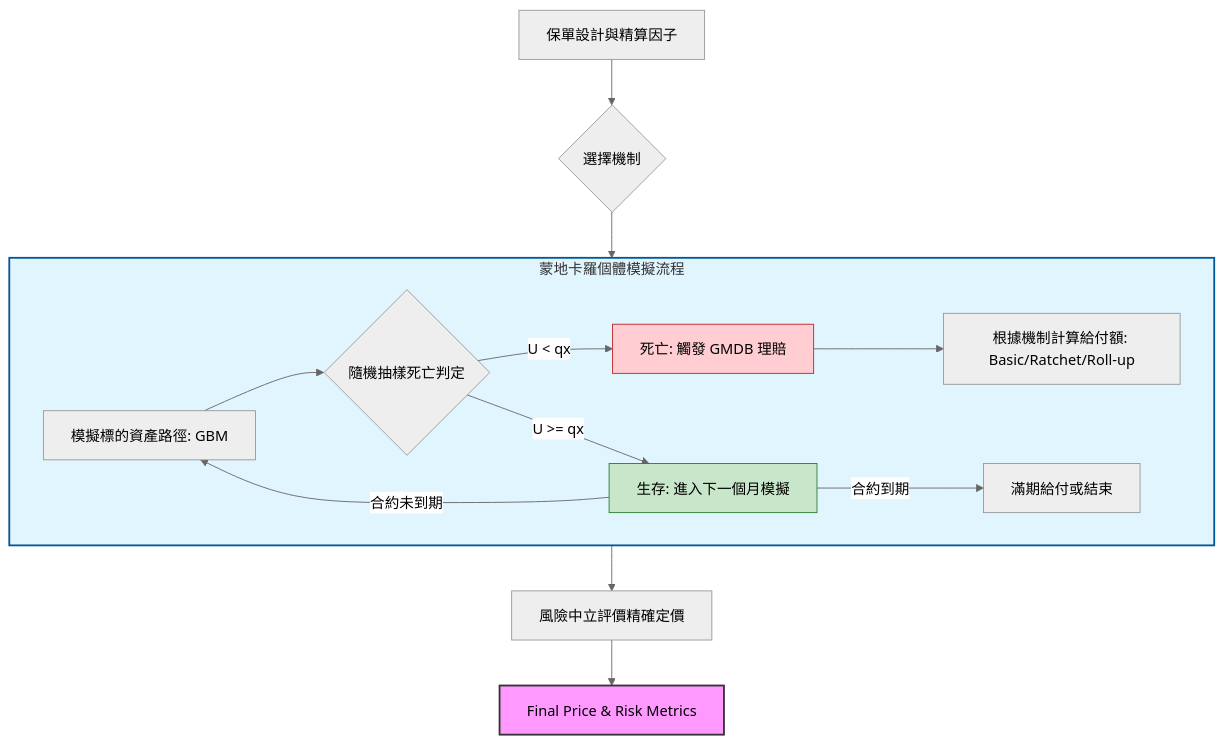
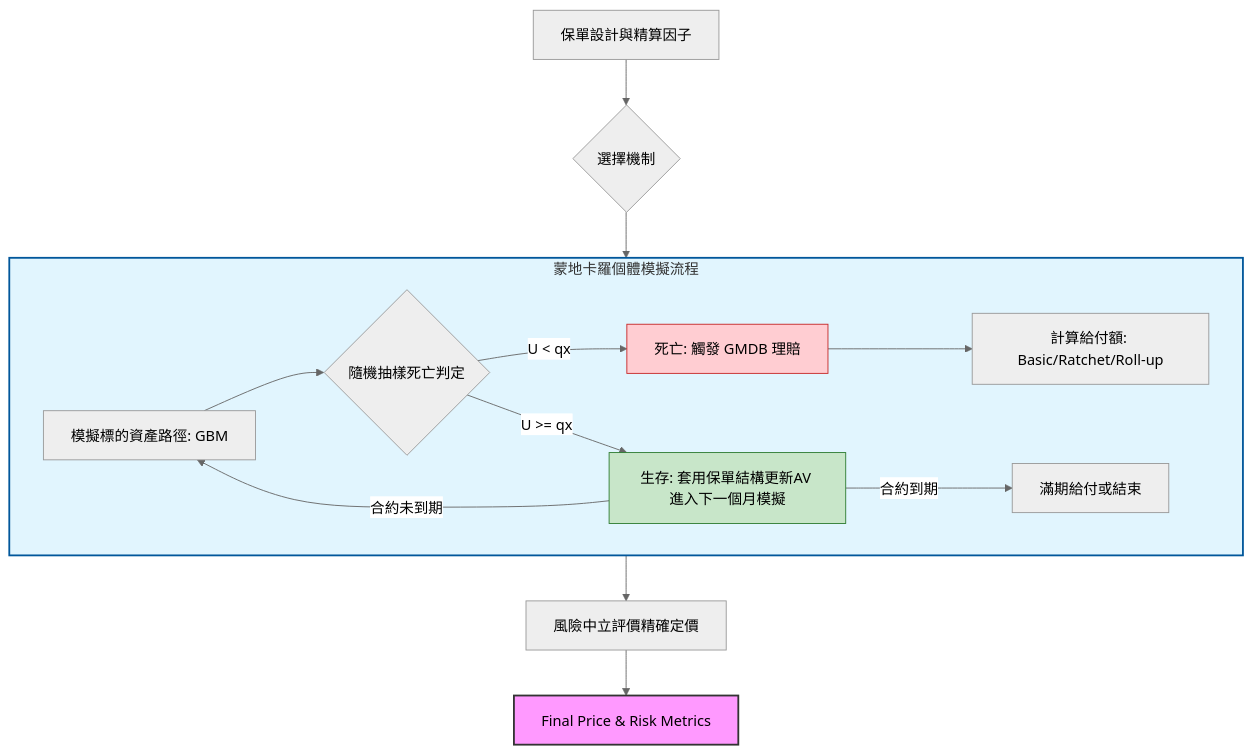
The diagram in README.md (Kai-Yun-Chang/--Simulation-Python), drawn with Mermaid (neutral theme) before and after one commit.

````diff
--- a/README.md
+++ b/README.md
@@ -26,25 +26,25 @@
 ```mermaid
 graph TD
     %% 主流程
     Input[保單設計與精算因子] --> Mechanism{選擇機制}
     Mechanism --> Simulation[蒙地卡羅模擬流程]
     Simulation --> Risk-neutral[風險中立評價精確定價]
     Risk-neutral --> Result[Final Price & Risk Metrics]
 
     %% 蒙地卡羅詳細步驟 (子圖)
     subgraph Simulation [蒙地卡羅個體模擬流程]
         S1[模擬標的資產路徑: GBM] --> S2{隨機抽樣死亡判定}
         S2 -->|U < qx| Dead[死亡: 觸發 GMDB 理賠]
-        S2 -->|U >= qx| Alive[生存: 進入下一個月模擬]
-        Dead --> S3[根據機制計算給付額: Basic/Ratchet/Roll-up]
+        S2 -->|U >= qx| Alive[生存: 套用保單結構更新AV 進入下一個月模擬]
+        Dead --> S3[計算給付額: Basic/Ratchet/Roll-up]
         
         Alive -->|合約未到期| S1
         Alive -->|合約到期| End[滿期給付或結束]
     end
 
     style Dead fill:#ffcdd2,stroke:#c62828
     style Alive fill:#c8e6c9,stroke:#2e7d32
     %% 樣式設定
     style Simulation fill:#e1f5fe,stroke:#01579b,stroke-width:2px
     style Result fill:#f9f,stroke:#333,stroke-width:2px
 ```
````
